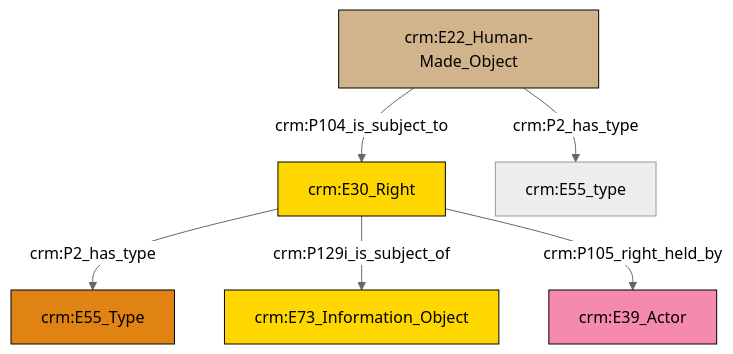
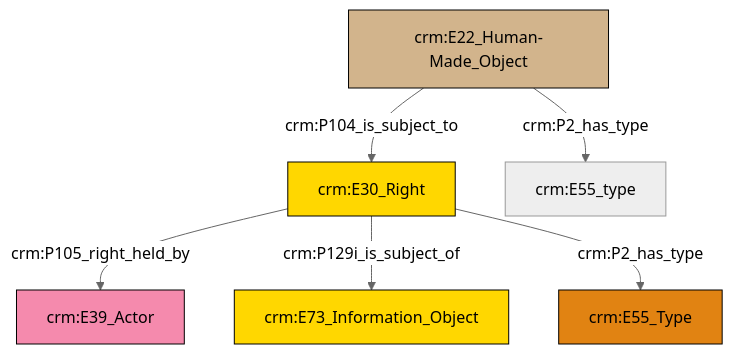
Before and after one commit to swiss-art-research-net/docs.swissartresearch: the diagram in et/builtWorkCSV/ttl/mmd/Built_Work_rights.ttl.mmd, drawn with Mermaid (neutral theme). The commit also changed 179 other files, not shown here.

```diff
--- a/et/builtWorkCSV/ttl/mmd/Built_Work_rights.ttl.mmd
+++ b/et/builtWorkCSV/ttl/mmd/Built_Work_rights.ttl.mmd
@@ -1,20 +1,20 @@
 graph TD
 classDef Literal fill:#f2f2f2,stroke:#000000;
 classDef CRM_Entity fill:#FFFFFF,stroke:#000000;
 classDef Temporal_Entity fill:#00C9E6, stroke:#000000;
 classDef Type fill:#E18312, stroke:#000000;
 classDef Time-Span fill:#2C9C91, stroke:#000000;
 classDef Appellation fill:#FFEB7F, stroke:#000000;
 classDef Place fill:#008836, stroke:#000000;
 classDef Persistent_Item fill:#B266B2, stroke:#000000;
 classDef Conceptual_Object fill:#FFD700, stroke:#000000;
 classDef Physical_Thing fill:#D2B48C, stroke:#000000;
 classDef Actor fill:#f58aad, stroke:#000000;
 classDef PC_Classes fill:#4ce600, stroke:#000000;
 classDef Multi fill:#cccccc,stroke:#000000;
 
-0["crm:E30_Right"]:::Conceptual_Object -->|crm:P2_has_type| 1["crm:E55_Type"]:::Type
-2["crm:E22_Human-Made_Object"]:::Physical_Thing -->|crm:P2_has_type| 4["crm:E55_type"]:::Default
+0["crm:E30_Right"]:::Conceptual_Object -->|crm:P105_right_held_by| 1["crm:E39_Actor"]:::Actor
+5["crm:E22_Human-Made_Object"]:::Physical_Thing -->|crm:P104_is_subject_to| 0["crm:E30_Right"]:::Conceptual_Object
 0["crm:E30_Right"]:::Conceptual_Object -->|crm:P129i_is_subject_of| 6["crm:E73_Information_Object"]:::Conceptual_Object
-0["crm:E30_Right"]:::Conceptual_Object -->|crm:P105_right_held_by| 7["crm:E39_Actor"]:::Actor
-2["crm:E22_Human-Made_Object"]:::Physical_Thing -->|crm:P104_is_subject_to| 0["crm:E30_Right"]:::Conceptual_Object
+0["crm:E30_Right"]:::Conceptual_Object -->|crm:P2_has_type| 8["crm:E55_Type"]:::Type
+5["crm:E22_Human-Made_Object"]:::Physical_Thing -->|crm:P2_has_type| 2["crm:E55_type"]:::Default
```
